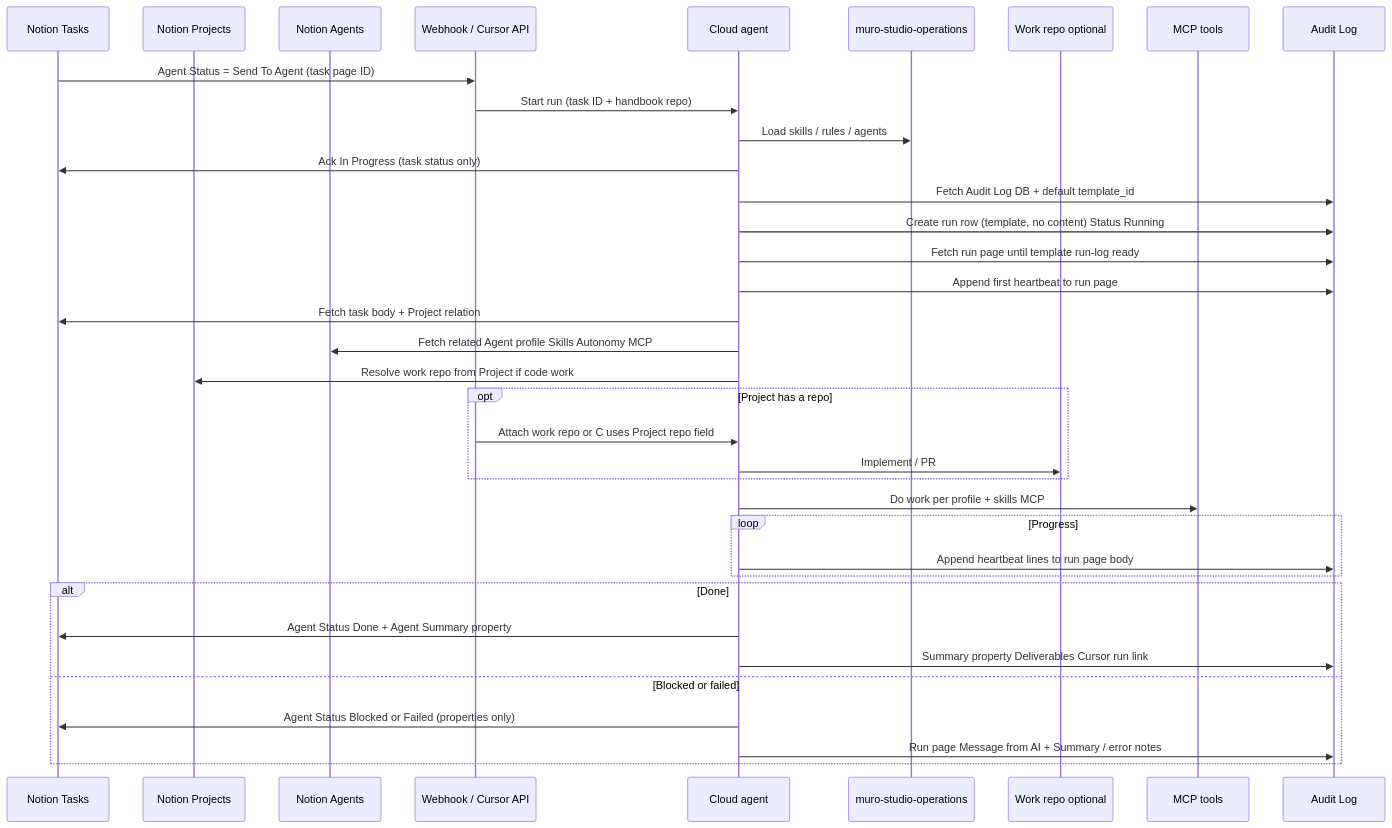
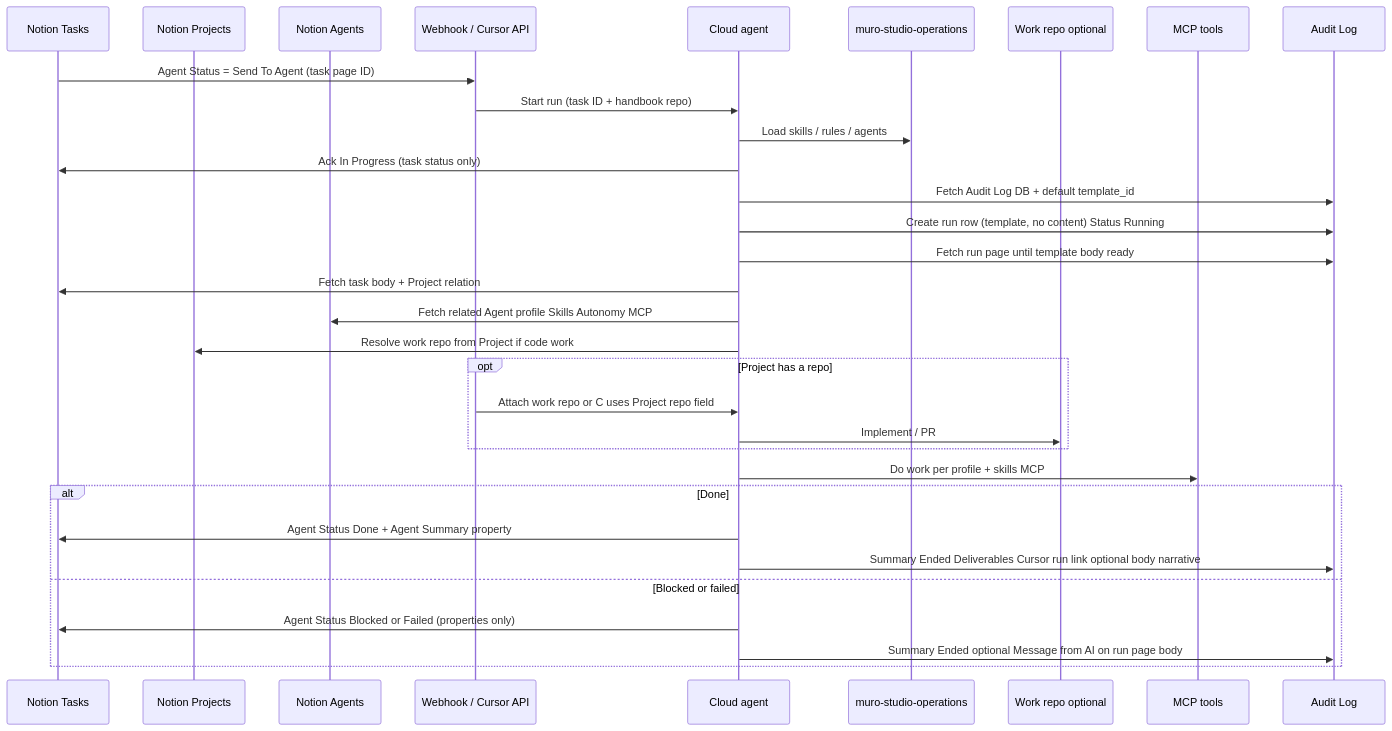
The diagram in docs/handoff-sequence.md (elimuro/muro-studio-operations), drawn with Mermaid before and after one commit. The commit also changed 4 other files, not shown here.

````diff
--- a/docs/handoff-sequence.md
+++ b/docs/handoff-sequence.md
@@ -5,39 +5,35 @@
 ```mermaid
 sequenceDiagram
   participant N as Notion Tasks
   participant P as Notion Projects
   participant A as Notion Agents
   participant W as Webhook / Cursor API
   participant C as Cloud agent
   participant H as muro-studio-operations
   participant R as Work repo optional
   participant T as MCP tools
   participant L as Audit Log
 
   N->>W: Agent Status = Send To Agent (task page ID)
   W->>C: Start run (task ID + handbook repo)
   C->>H: Load skills / rules / agents
   C->>N: Ack In Progress (task status only)
   C->>L: Fetch Audit Log DB + default template_id
   C->>L: Create run row (template, no content) Status Running
-  C->>L: Fetch run page until template run-log ready
-  C->>L: Append first heartbeat to run page
+  C->>L: Fetch run page until template body ready
   C->>N: Fetch task body + Project relation
   C->>A: Fetch related Agent profile Skills Autonomy MCP
   C->>P: Resolve work repo from Project if code work
   opt Project has a repo
     W->>C: Attach work repo or C uses Project repo field
     C->>R: Implement / PR
   end
   C->>T: Do work per profile + skills MCP
-  loop Progress
-    C->>L: Append heartbeat lines to run page body
-  end
   alt Done
     C->>N: Agent Status Done + Agent Summary property
-    C->>L: Summary property Deliverables Cursor run link
+    C->>L: Summary Ended Deliverables Cursor run link optional body narrative
   else Blocked or failed
     C->>N: Agent Status Blocked or Failed (properties only)
-    C->>L: Run page Message from AI + Summary / error notes
+    C->>L: Summary Ended optional Message from AI on run page body
   end
 ```
````
